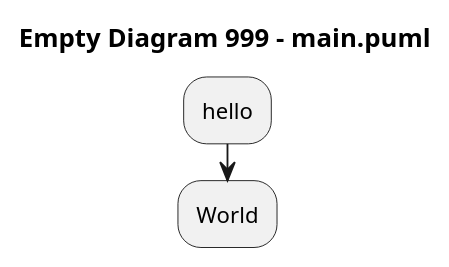
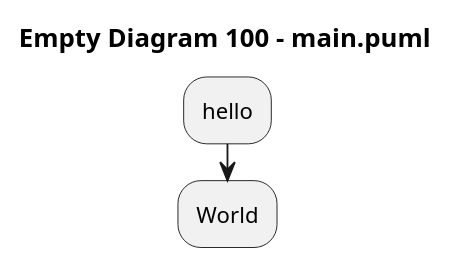
One commit to arwenvaughan/test1 changed the diagram in main.puml. Above: the diagram before and after it, drawn with PlantUML.

Commit message:
PlantText Commit: 100.

```diff
--- a/main.puml
+++ b/main.puml
@@ -1,7 +1,7 @@
 @startuml
 
-title Empty Diagram 999 - main.puml
+title Empty Diagram 100 - main.puml
 :hello;
 :World;
 
 @enduml
```
